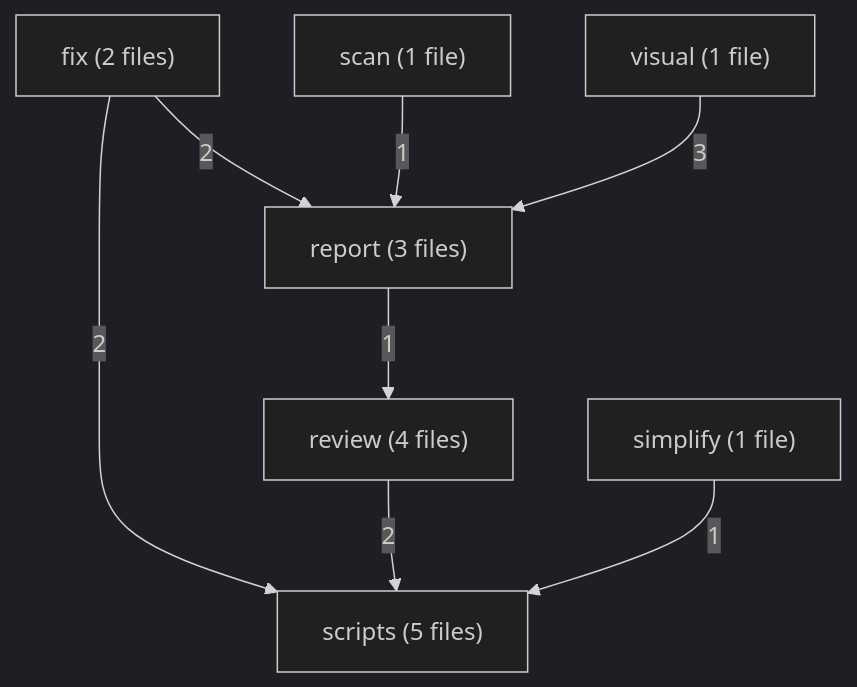
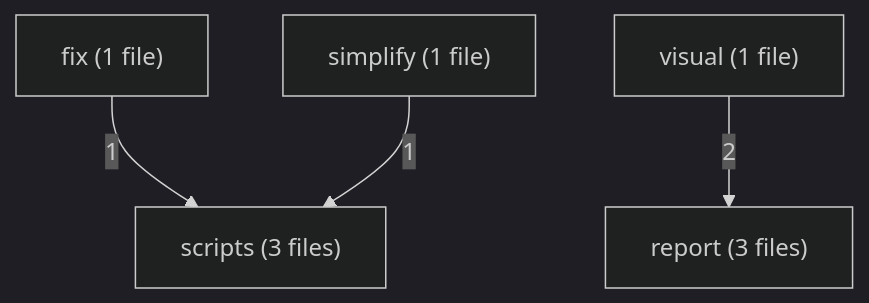
The first of 6 diagrams in skills/varde-review/FLOW.md (alecegg/varde), drawn with Mermaid (dark theme) before and after one commit. The commit also changed other lines of this file and 1293 other files, not shown here.

````diff
--- a/skills/varde-review/FLOW.md
+++ b/skills/varde-review/FLOW.md
@@ -29,17 +23,11 @@
 ```mermaid
 flowchart TD
-  m0["fix (2 files)"]
+  m0["fix (1 file)"]
   m1["report (3 files)"]
-  m2["review (4 files)"]
-  m3["scan (1 file)"]
-  m4["scripts (5 files)"]
-  m5["simplify (1 file)"]
-  m6["visual (1 file)"]
-  m0 -->|"2"| m1
-  m0 -->|"2"| m4
-  m1 -->|"1"| m2
-  m2 -->|"2"| m4
-  m3 -->|"1"| m1
-  m5 -->|"1"| m4
-  m6 -->|"3"| m1
+  m2["scripts (3 files)"]
+  m3["simplify (1 file)"]
+  m4["visual (1 file)"]
+  m0 -->|"1"| m2
+  m3 -->|"1"| m2
+  m4 -->|"2"| m1
 ```
````
